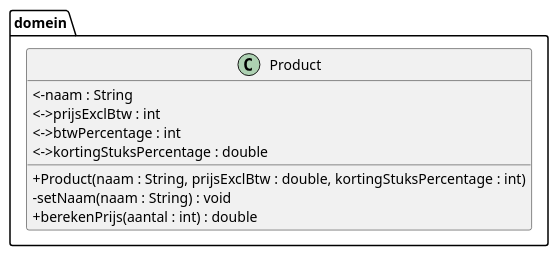
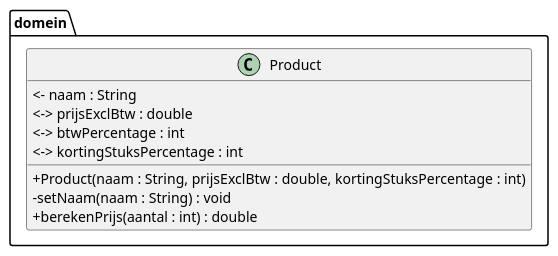
Before and after one commit to AdrenalineGhost/Projects: the diagram in java/H3/Oef8/Oef8.puml, drawn with PlantUML. The commit also changed 13 other files, not shown here.

```diff
--- a/java/H3/Oef8/Oef8.puml
+++ b/java/H3/Oef8/Oef8.puml
@@ -1,16 +1,16 @@
 @startuml Product
 skinparam ClassAttributeIconSize 0
 
 package domein{
     class Product{
-        <-naam : String
-        <->prijsExclBtw : int
-        <->btwPercentage : int
-        <->kortingStuksPercentage : double
+        <- naam : String
+        <-> prijsExclBtw : double
+        <-> btwPercentage : int
+        <-> kortingStuksPercentage : int
         + Product(naam : String, prijsExclBtw : double, kortingStuksPercentage : int)
         - setNaam(naam : String) : void
         + berekenPrijs(aantal : int) : double
     }
 }
 
 @enduml
```
